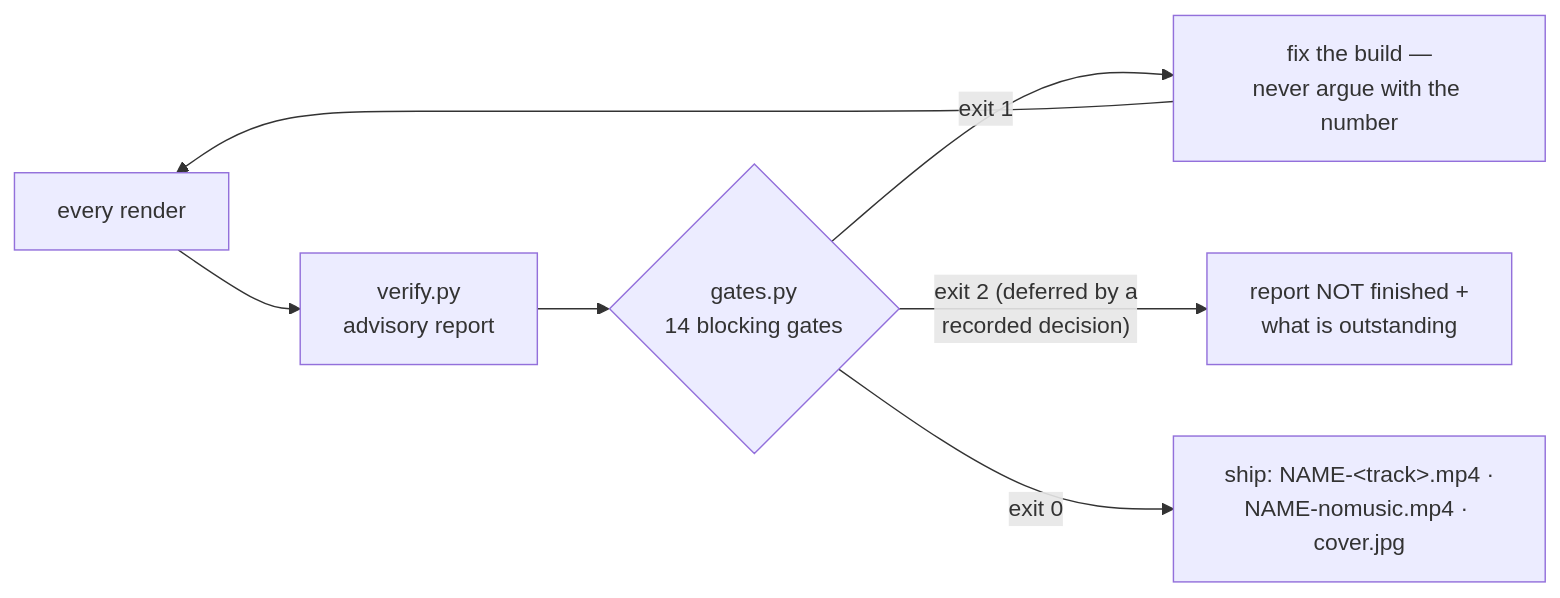
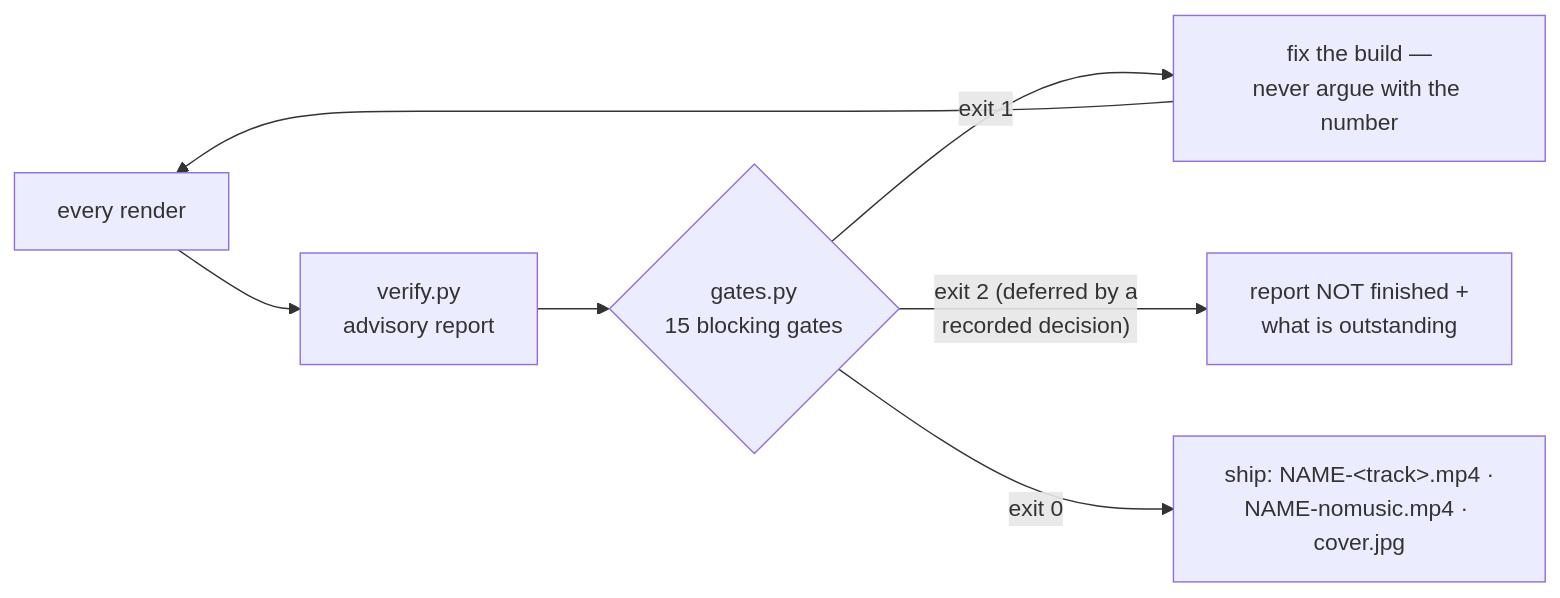
One commit to chyiiiiiiiiiiii/yiibu changed the second of 2 diagrams in SKILL.md. Above: the diagram before and after it, drawn with Mermaid. The commit also changed other lines of this file and 7 other files, not shown here.

````diff
--- a/SKILL.md
+++ b/SKILL.md
@@ -358,7 +387,7 @@
 ```mermaid
 flowchart LR
-    R[every render] --> V["verify.py<br/>advisory report"] --> G{"gates.py<br/>14 blocking gates"}
+    R[every render] --> V["verify.py<br/>advisory report"] --> G{"gates.py<br/>15 blocking gates"}
     G -->|exit 1| F["fix the build —<br/>never argue with the number"] --> R
     G -->|"exit 2 (deferred by a<br/>recorded decision)"| D["report NOT finished +<br/>what is outstanding"]
     G -->|exit 0| S["ship: NAME-&lt;track&gt;.mp4 ·<br/>NAME-nomusic.mp4 · cover.jpg"]
 ```
````
